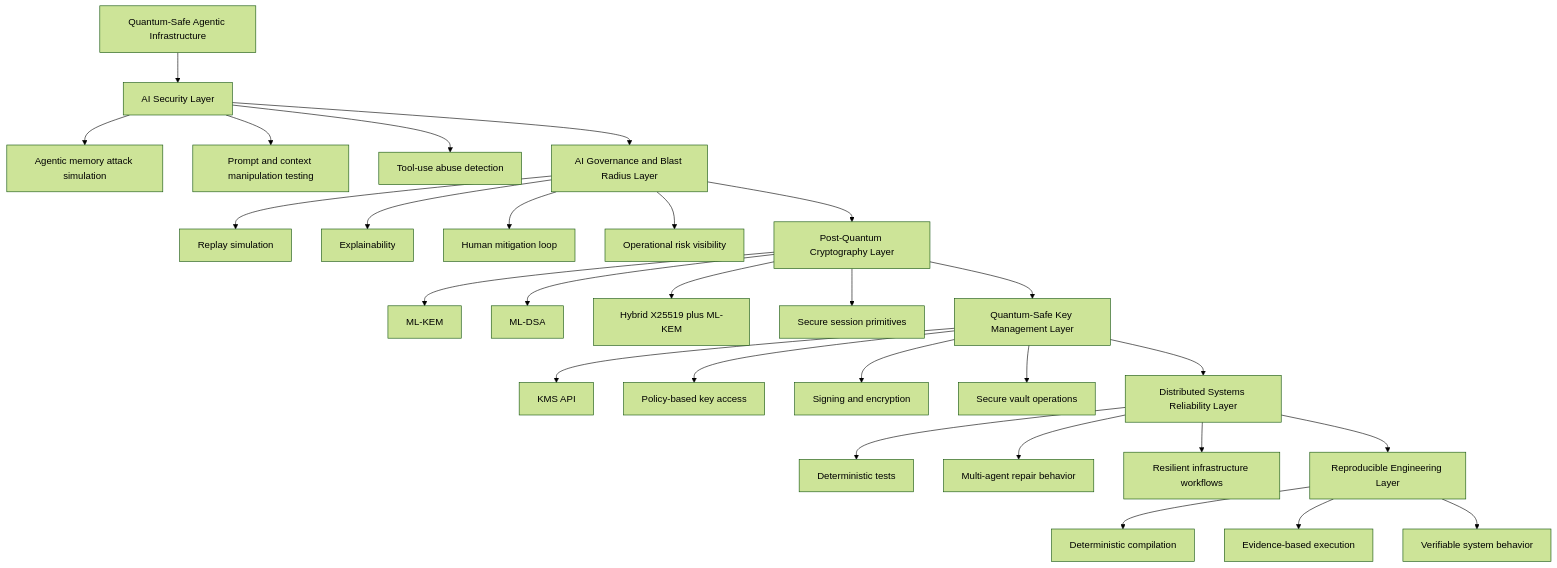
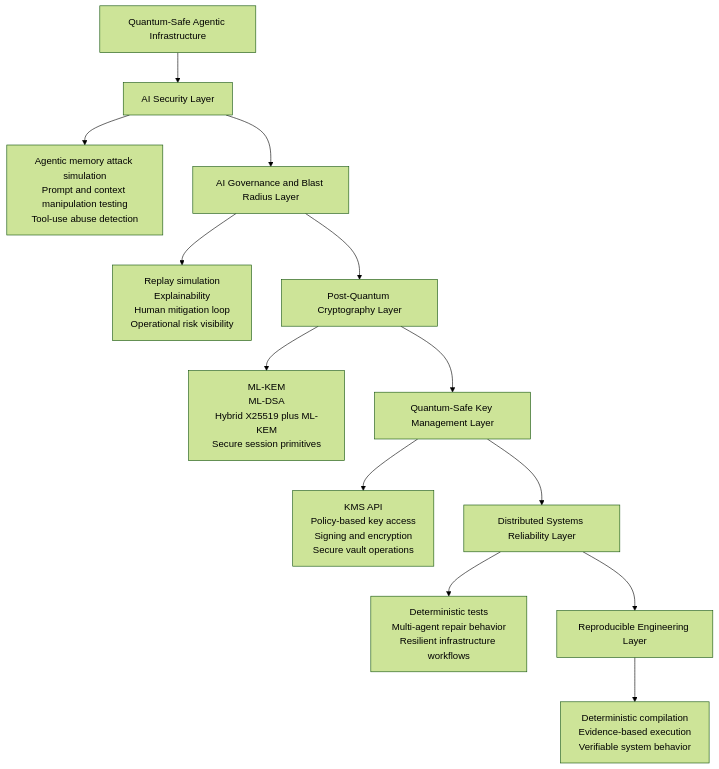
The diagram in REFERENCE_ARCHITECTURE.md (0rlych1kk4/quantum-safe-agentic-infrastructure), drawn with Mermaid (forest theme) before and after one commit. The commit also changed other lines of this file, not shown here.

Commit message:
docs: simplify architecture diagram for readability

````diff
--- a/REFERENCE_ARCHITECTURE.md
+++ b/REFERENCE_ARCHITECTURE.md
@@ -7,37 +6,22 @@
 ```mermaid
 flowchart TB
     A[Quantum-Safe Agentic Infrastructure]
 
     A --> B[AI Security Layer]
-    B --> B1[Agentic memory attack simulation]
-    B --> B2[Prompt and context manipulation testing]
-    B --> B3[Tool-use abuse detection]
+    B --> B1["Agentic memory attack simulation<br/>Prompt and context manipulation testing<br/>Tool-use abuse detection"]
 
     B --> C[AI Governance and Blast Radius Layer]
-    C --> C1[Replay simulation]
-    C --> C2[Explainability]
-    C --> C3[Human mitigation loop]
-    C --> C4[Operational risk visibility]
+    C --> C1["Replay simulation<br/>Explainability<br/>Human mitigation loop<br/>Operational risk visibility"]
 
     C --> D[Post-Quantum Cryptography Layer]
-    D --> D1[ML-KEM]
-    D --> D2[ML-DSA]
-    D --> D3[Hybrid X25519 plus ML-KEM]
-    D --> D4[Secure session primitives]
+    D --> D1["ML-KEM<br/>ML-DSA<br/>Hybrid X25519 plus ML-KEM<br/>Secure session primitives"]
 
     D --> E[Quantum-Safe Key Management Layer]
-    E --> E1[KMS API]
-    E --> E2[Policy-based key access]
-    E --> E3[Signing and encryption]
-    E --> E4[Secure vault operations]
+    E --> E1["KMS API<br/>Policy-based key access<br/>Signing and encryption<br/>Secure vault operations"]
 
     E --> F[Distributed Systems Reliability Layer]
-    F --> F1[Deterministic tests]
-    F --> F2[Multi-agent repair behavior]
-    F --> F3[Resilient infrastructure workflows]
+    F --> F1["Deterministic tests<br/>Multi-agent repair behavior<br/>Resilient infrastructure workflows"]
 
     F --> G[Reproducible Engineering Layer]
-    G --> G1[Deterministic compilation]
-    G --> G2[Evidence-based execution]
-    G --> G3[Verifiable system behavior]
+    G --> G1["Deterministic compilation<br/>Evidence-based execution<br/>Verifiable system behavior"]
 ```
````
